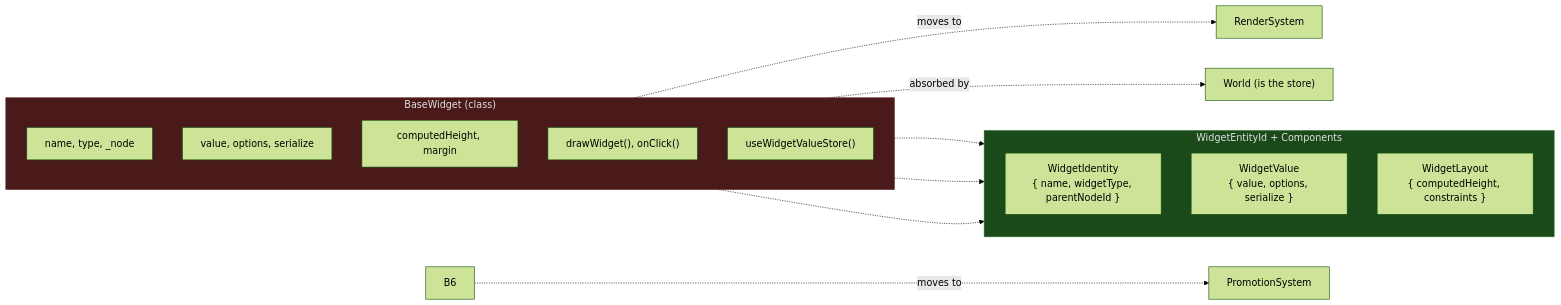
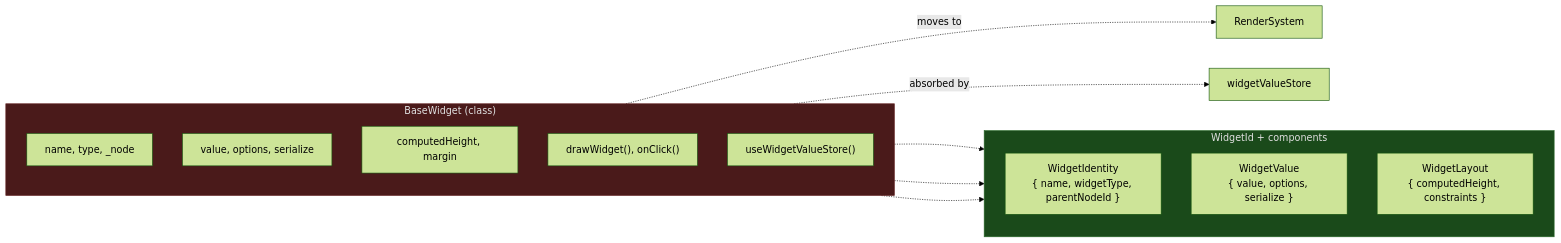
Before and after one commit to Comfy-Org/ComfyUI_frontend: the fifth of 12 diagrams in docs/architecture/ecs-target-architecture.md, drawn with Mermaid (forest theme). The commit also changed other lines of this file and 12 other files, not shown here.

````diff
--- a/docs/architecture/ecs-target-architecture.md
+++ b/docs/architecture/ecs-target-architecture.md
@@ -206,31 +203,30 @@
 ```mermaid
 graph LR
     subgraph Before["BaseWidget (class)"]
         direction TB
         B1["name, type, _node"]
         B2["value, options, serialize"]
         B3["computedHeight, margin"]
         B4["drawWidget(), onClick()"]
         B5["useWidgetValueStore()"]
     end
 
-    subgraph After["WidgetEntityId + Components"]
+    subgraph After["WidgetId + components"]
         direction TB
         A1["WidgetIdentity
 { name, widgetType, parentNodeId }"]
         A2["WidgetValue
 { value, options, serialize }"]
         A3["WidgetLayout
 { computedHeight, constraints }"]
     end
 
     B1 -.-> A1
     B2 -.-> A2
     B3 -.-> A3
     B4 -.->|"moves to"| SYS1["RenderSystem"]
-    B5 -.->|"absorbed by"| SYS2["World (is the store)"]
-    B6 -.->|"moves to"| SYS3["PromotionSystem"]
+    B5 -.->|"absorbed by"| SYS2["widgetValueStore"]
 
     style Before fill:#4a1a1a,stroke:#6a2a2a,color:#e0e0e0
     style After fill:#1a4a1a,stroke:#2a6a2a,color:#e0e0e0
 ```
````
